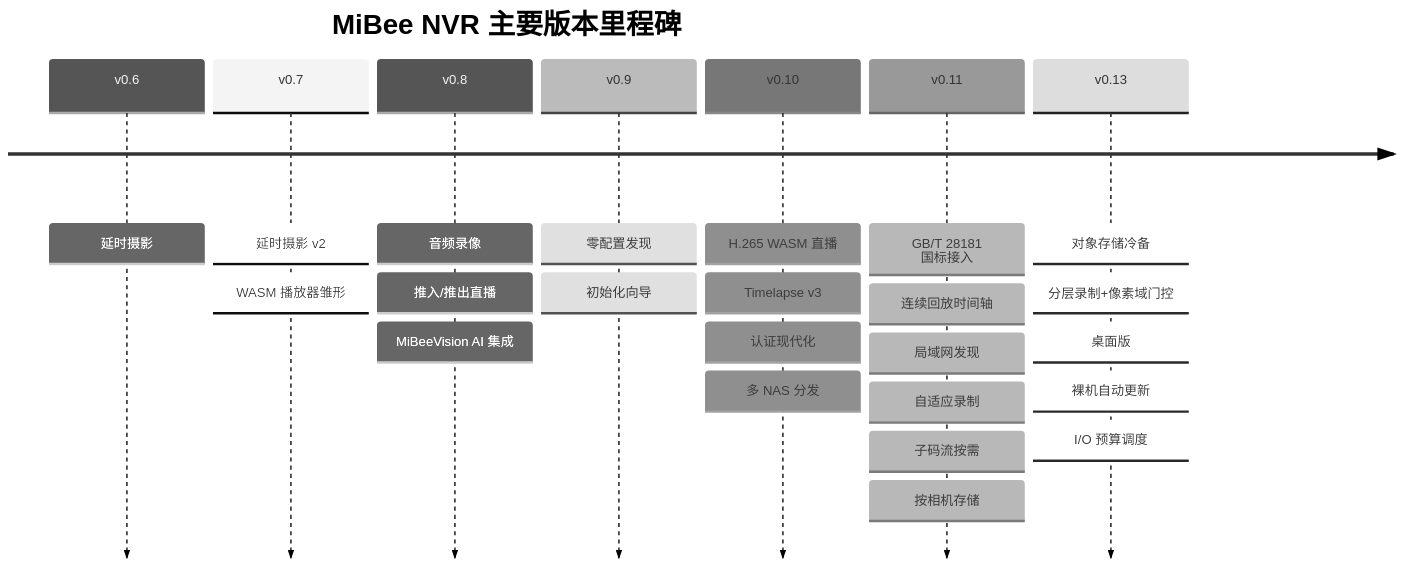
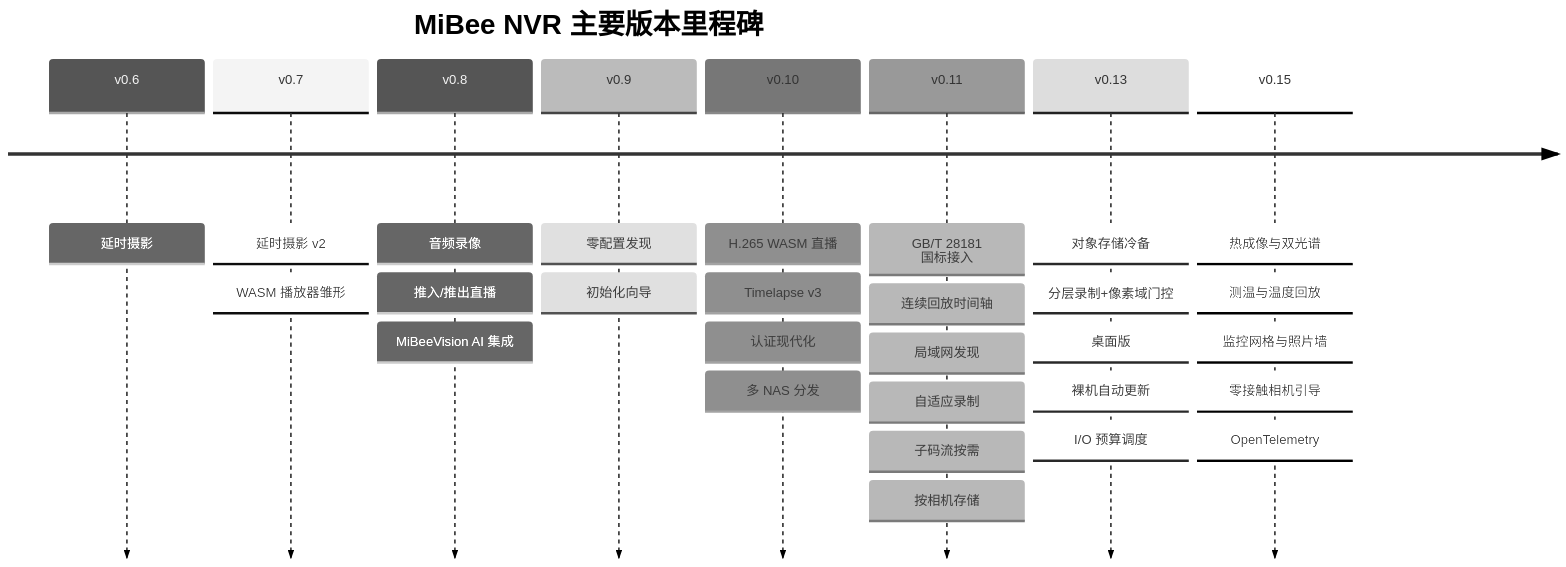
Before and after one commit to Mi-Bee-Studio/mibee-docs: the diagram in mibeenvr/zh-CN/features.md, drawn with Mermaid (neutral theme). The commit also changed other lines of this file and 1107 other files, not shown here.

````diff
--- a/mibeenvr/zh-CN/features.md
+++ b/mibeenvr/zh-CN/features.md
@@ -133,11 +136,12 @@
 ```mermaid
 timeline
     title MiBee NVR 主要版本里程碑
     v0.6 : 延时摄影
     v0.7 : 延时摄影 v2 : WASM 播放器雏形
     v0.8 : 音频录像 : 推入/推出直播 : MiBeeVision AI 集成
     v0.9 : 零配置发现 : 初始化向导
     v0.10 : H.265 WASM 直播 : Timelapse v3 : 认证现代化 : 多 NAS 分发
     v0.11 : GB/T 28181 国标接入 : 连续回放时间轴 : 局域网发现 : 自适应录制 : 子码流按需 : 按相机存储
     v0.13 : 对象存储冷备 : 分层录制+像素域门控 : 桌面版 : 裸机自动更新 : I/O 预算调度
+    v0.15 : 热成像与双光谱 : 测温与温度回放 : 监控网格与照片墙 : 零接触相机引导 : OpenTelemetry
 ```
````
